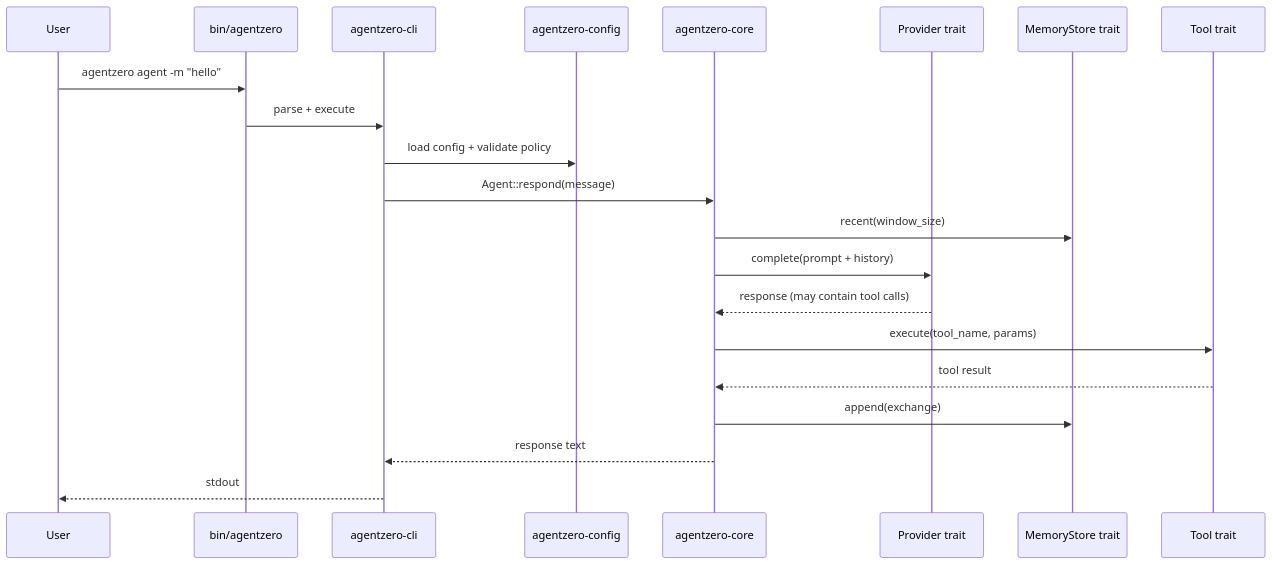
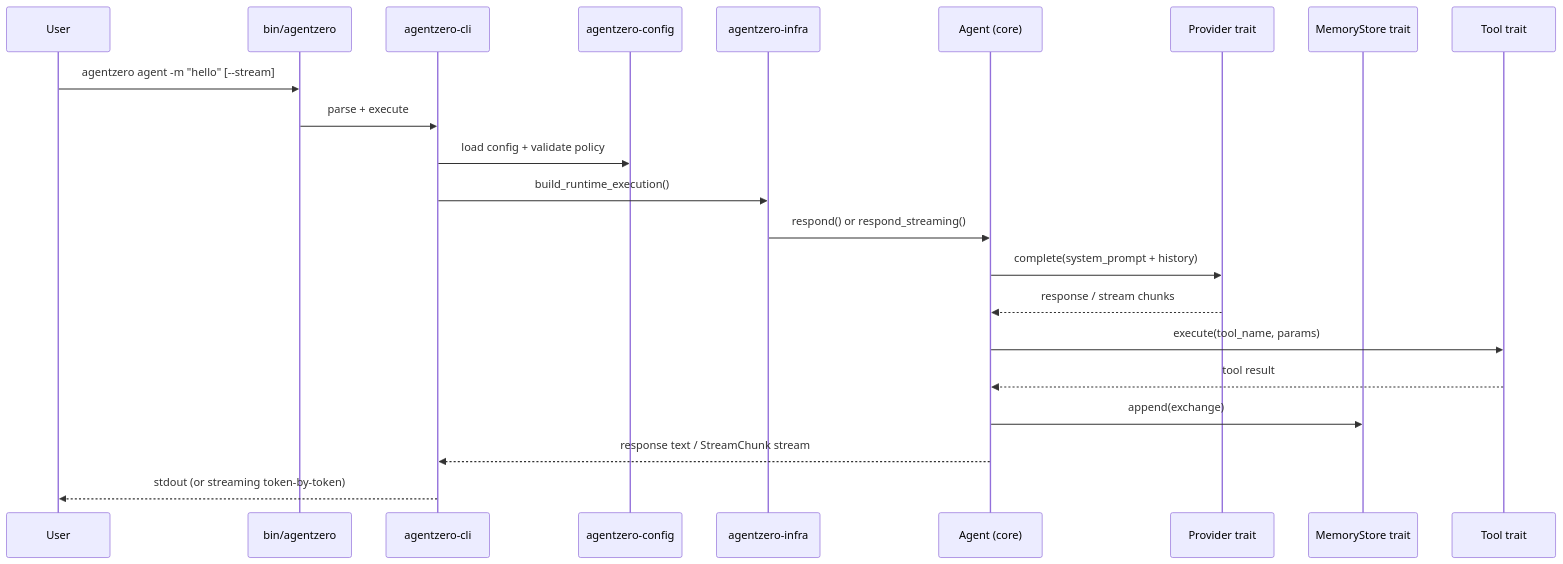
The second of 2 diagrams in site/src/content/docs/architecture.md (auser/agentzero), drawn with Mermaid before and after one commit. The commit also changed other lines of this file and 18 other files, not shown here.

````diff
--- a/site/src/content/docs/architecture.md
+++ b/site/src/content/docs/architecture.md
@@ -86,24 +66,25 @@
 ```mermaid
 sequenceDiagram
     participant User
     participant Bin as bin/agentzero
     participant CLI as agentzero-cli
     participant Config as agentzero-config
-    participant Core as agentzero-core
+    participant Infra as agentzero-infra
+    participant Agent as Agent (core)
     participant Provider as Provider trait
     participant Memory as MemoryStore trait
     participant Tools as Tool trait
 
-    User->>Bin: agentzero agent -m "hello"
+    User->>Bin: agentzero agent -m "hello" [--stream]
     Bin->>CLI: parse + execute
     CLI->>Config: load config + validate policy
-    CLI->>Core: Agent::respond(message)
-    Core->>Memory: recent(window_size)
-    Core->>Provider: complete(prompt + history)
-    Provider-->>Core: response (may contain tool calls)
-    Core->>Tools: execute(tool_name, params)
-    Tools-->>Core: tool result
-    Core->>Memory: append(exchange)
-    Core-->>CLI: response text
-    CLI-->>User: stdout
+    CLI->>Infra: build_runtime_execution()
+    Infra->>Agent: respond() or respond_streaming()
+    Agent->>Provider: complete(system_prompt + history)
+    Provider-->>Agent: response / stream chunks
+    Agent->>Tools: execute(tool_name, params)
+    Tools-->>Agent: tool result
+    Agent->>Memory: append(exchange)
+    Agent-->>CLI: response text / StreamChunk stream
+    CLI-->>User: stdout (or streaming token-by-token)
 ```
````
